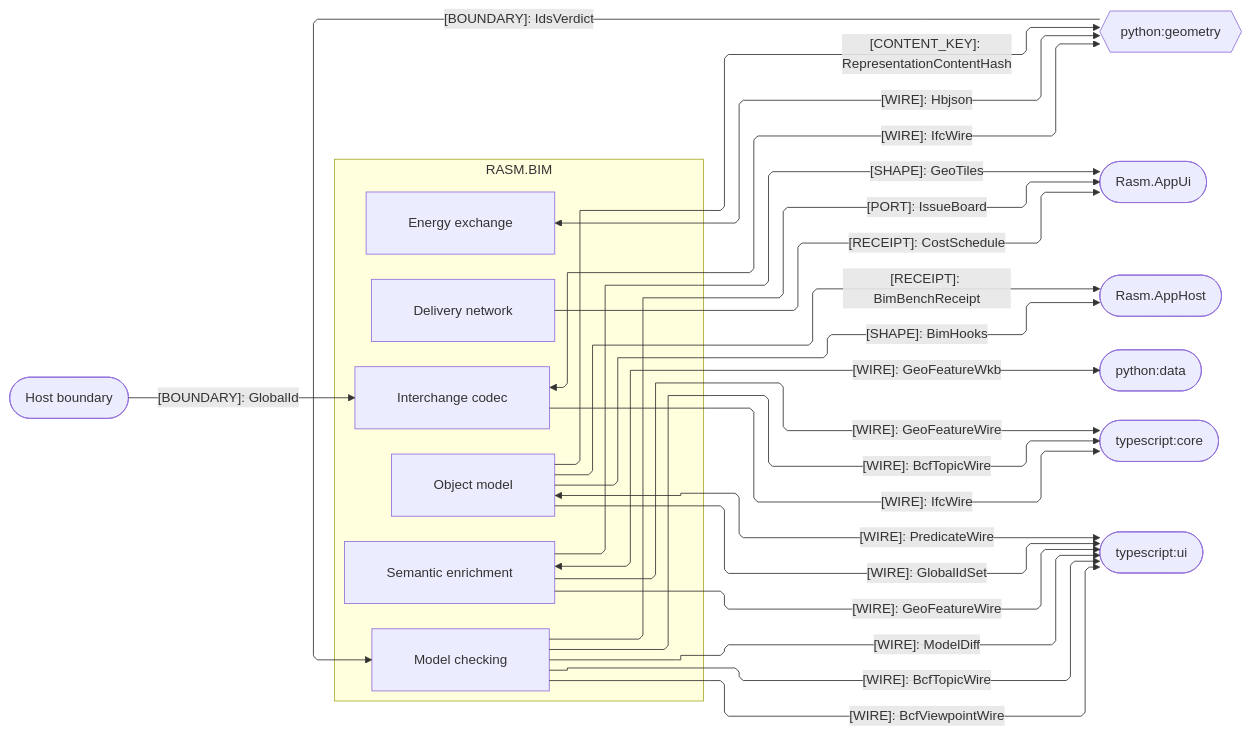
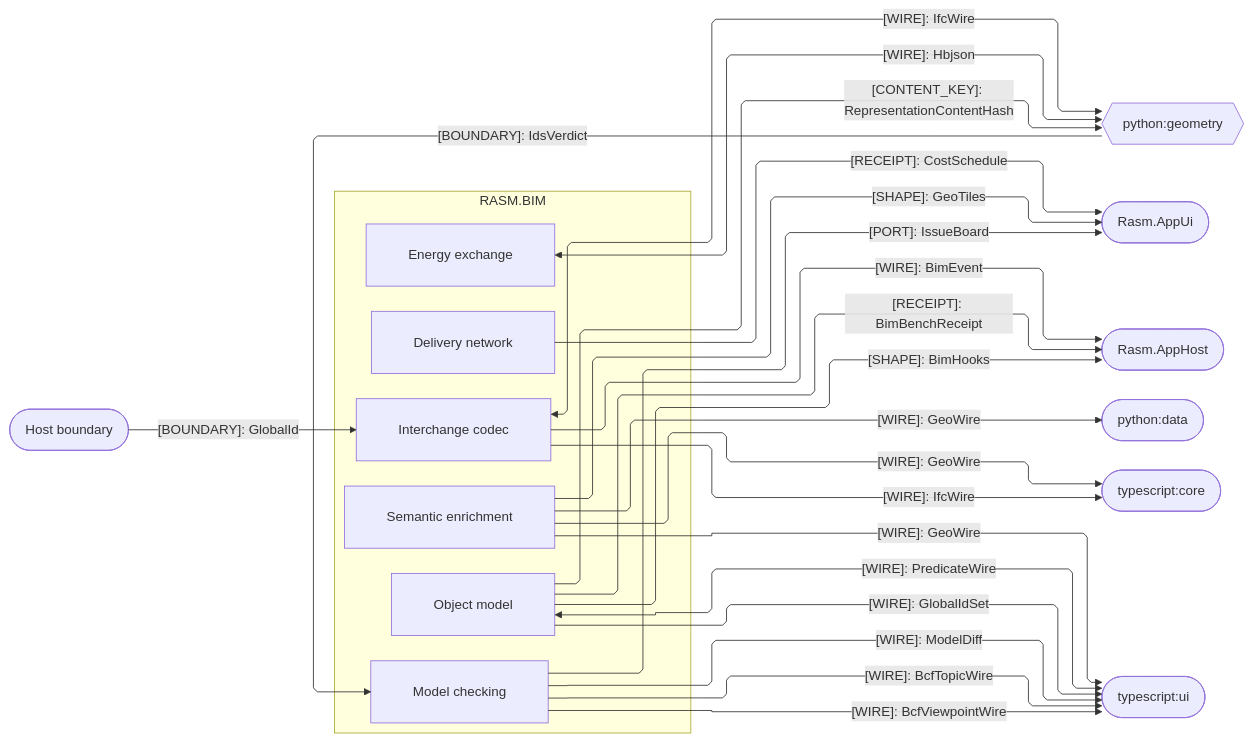
One commit to bsamiee/Rasm changed the third of 3 diagrams in libs/csharp/Rasm.Bim/ARCHITECTURE.md. Above: the diagram before and after it, drawn with Mermaid. The commit also changed other lines of this file and 124 other files, not shown here.

First line of the commit message:
planning registries: ARCHITECTURE/README/IDEAS/TASKLOG/RULINGS + csproj, campaign-method, CLAUDE.md

````diff
--- a/libs/csharp/Rasm.Bim/ARCHITECTURE.md
+++ b/libs/csharp/Rasm.Bim/ARCHITECTURE.md
@@ -160,47 +163,47 @@
 ```mermaid
 ---
 config:
   layout: elk
   flowchart:
     curve: linear
     padding: 25
 ---
 flowchart LR
     accTitle: Bim cross-runtime, presentation, and host seams
     accDescr: Bim sub-domain owners exchanging wires, receipts, and boundaries with the Python geometry and data runtimes, the TypeScript peers, the app shell, the app composition root, and the host boundary — one edge per contract family labeled by kind, bidirectional peers as hexagons, one-way partners as stadiums.
     subgraph bim[RASM.BIM]
         Model[Object model]
         Semantics[Semantic enrichment]
         Exchange[Interchange codec]
         Review[Model checking]
         Energy[Energy exchange]
         Planning[Delivery network]
     end
     Geometry{{python:geometry}}
     AppUi([Rasm.AppUi])
     AppHost([Rasm.AppHost])
     Host([Host boundary])
     Data([python:data])
     Core([typescript:core])
     Ui([typescript:ui])
     Exchange <-->|"[WIRE]: IfcWire"| Geometry
     Model -->|"[CONTENT_KEY]: RepresentationContentHash"| Geometry
     Geometry -->|"[BOUNDARY]: IdsVerdict"| Review
     Energy <-->|"[WIRE]: Hbjson"| Geometry
     Semantics -->|"[SHAPE]: GeoTiles"| AppUi
     Planning -->|"[RECEIPT]: CostSchedule"| AppUi
     Review -->|"[PORT]: IssueBoard"| AppUi
     Model -->|"[SHAPE]: BimHooks"| AppHost
     Model -->|"[RECEIPT]: BimBenchReceipt"| AppHost
+    Exchange -->|"[WIRE]: BimEvent"| AppHost
     Host -->|"[BOUNDARY]: GlobalId"| Exchange
-    Semantics <-->|"[WIRE]: GeoFeatureWkb"| Data
-    Review -->|"[WIRE]: BcfTopicWire"| Core
+    Semantics -->|"[WIRE]: GeoWire"| Data
     Exchange -->|"[WIRE]: IfcWire"| Core
-    Semantics -->|"[WIRE]: GeoFeatureWire"| Core
+    Semantics -->|"[WIRE]: GeoWire"| Core
     Review -->|"[WIRE]: BcfTopicWire"| Ui
     Review -->|"[WIRE]: BcfViewpointWire"| Ui
-    Semantics -->|"[WIRE]: GeoFeatureWire"| Ui
+    Semantics -->|"[WIRE]: GeoWire"| Ui
     Model <-->|"[WIRE]: PredicateWire"| Ui
     Model -->|"[WIRE]: GlobalIdSet"| Ui
     Review -->|"[WIRE]: ModelDiff"| Ui
 ```
````
